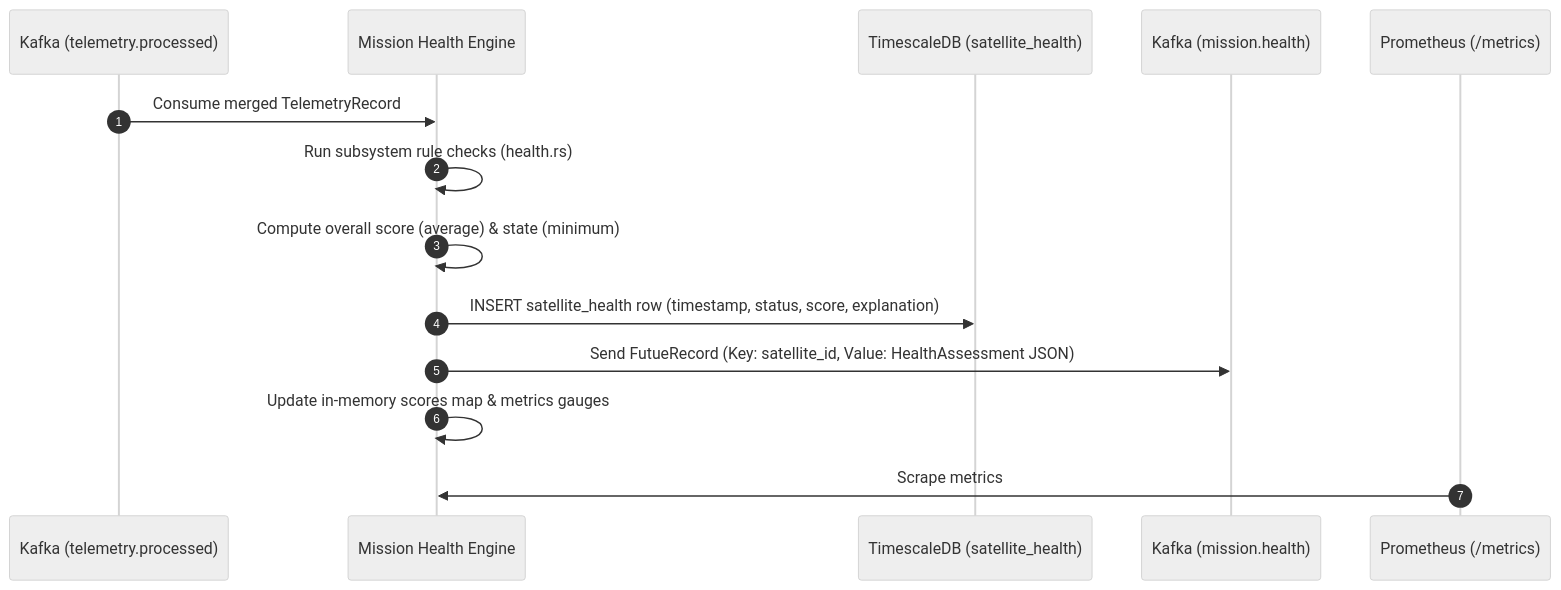
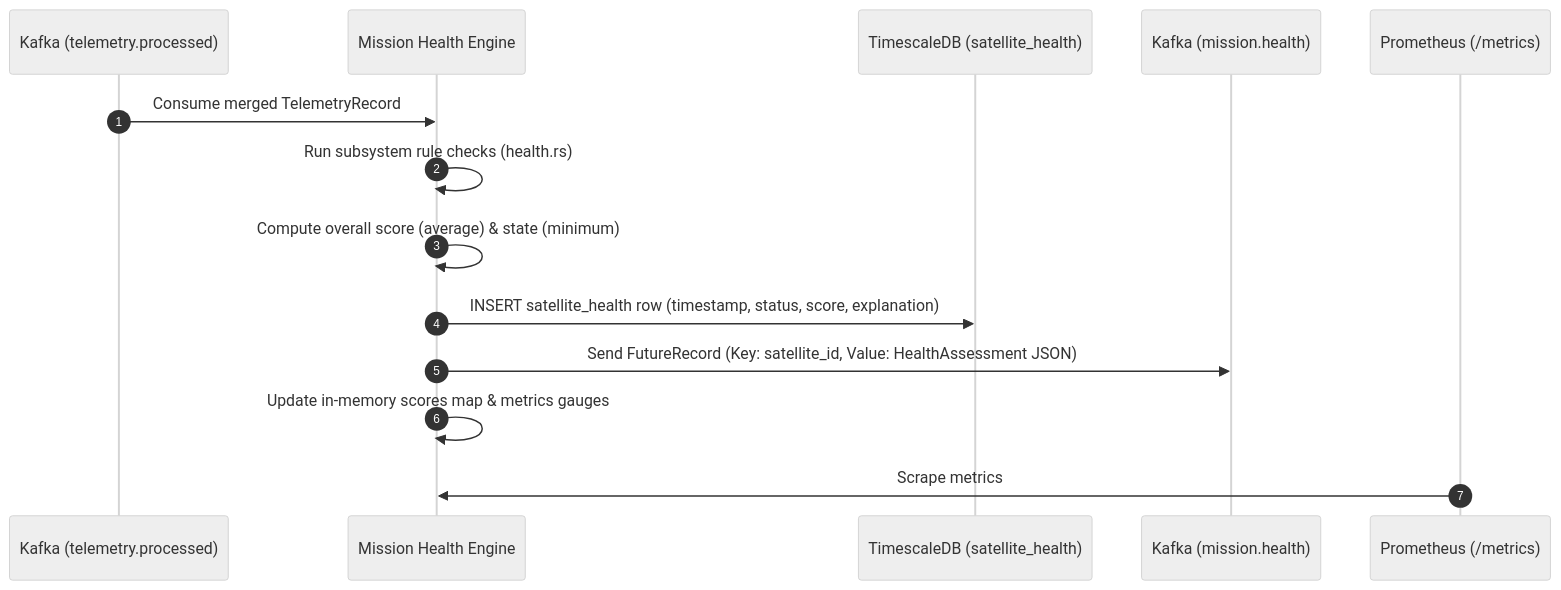
The second of 2 diagrams in docs/architecture/phase2_health_engine.md (sarkarbikram90/OrbitLogs), drawn with Mermaid (neutral theme) before and after one commit. The commit also changed other lines of this file and 11 other files, not shown here.

Commit message:
docs: update and rewrite all architecture, design, operations, and testing strategy markdown documents for v4.0.0

````diff
--- a/docs/architecture/phase2_health_engine.md
+++ b/docs/architecture/phase2_health_engine.md
@@ -34,17 +35,17 @@
 ```mermaid
 sequenceDiagram
     autonumber
     participant KafkaProc as Kafka (telemetry.processed)
     participant Engine as Mission Health Engine
     participant DB as TimescaleDB (satellite_health)
     participant KafkaHealth as Kafka (mission.health)
     participant Prometheus as Prometheus (/metrics)
 
     KafkaProc->>Engine: Consume merged TelemetryRecord
     Engine->>Engine: Run subsystem rule checks (health.rs)
     Engine->>Engine: Compute overall score (average) & state (minimum)
     Engine->>DB: INSERT satellite_health row (timestamp, status, score, explanation)
-    Engine->>KafkaHealth: Send FutueRecord (Key: satellite_id, Value: HealthAssessment JSON)
+    Engine->>KafkaHealth: Send FutureRecord (Key: satellite_id, Value: HealthAssessment JSON)
     Engine->>Engine: Update in-memory scores map & metrics gauges
     Prometheus->>Engine: Scrape metrics
 ```
````
